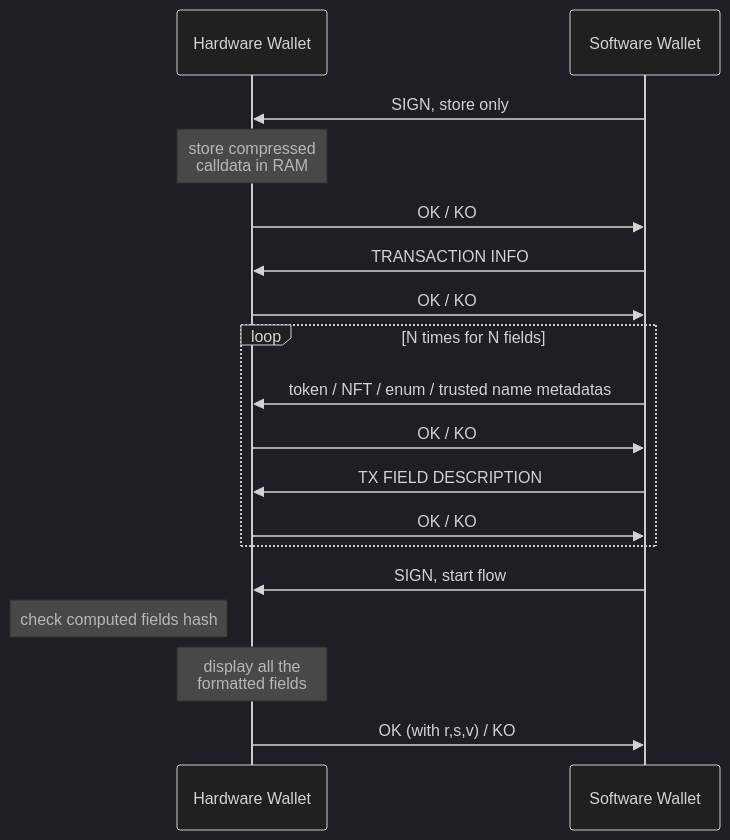
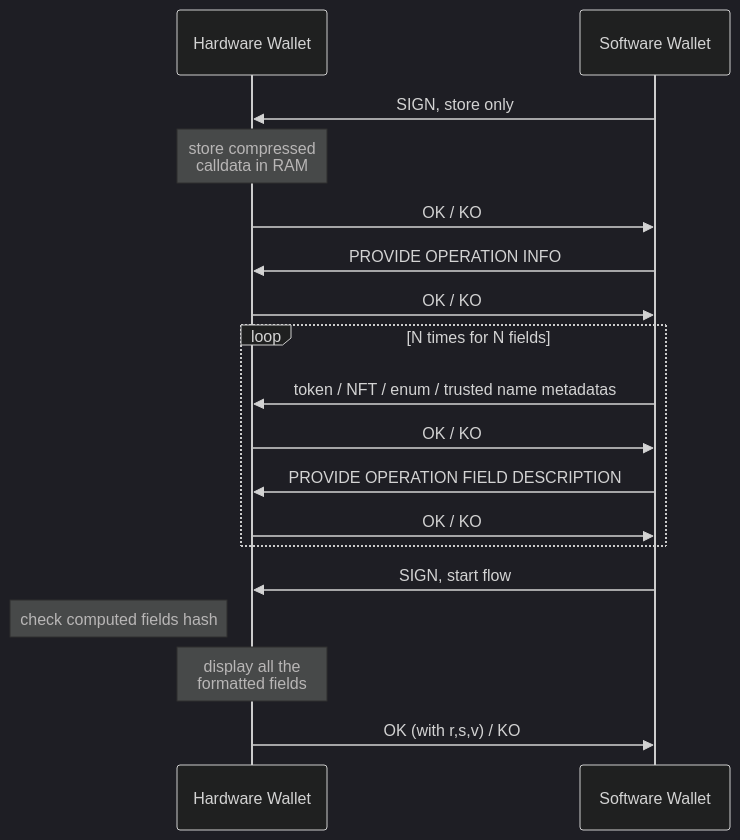
One commit to LedgerHQ/app-ethereum changed the first of 3 diagrams in doc/gcs.md. Above: the diagram before and after it, drawn with Mermaid (dark theme). The commit also changed other lines of this file and 8 other files, not shown here.

First line of the commit message:
Rename the operation info and field APDUs

````diff
--- a/doc/gcs.md
+++ b/doc/gcs.md
@@ -10,21 +10,21 @@
 ```mermaid
 sequenceDiagram
     participant HW as Hardware Wallet
     participant SW as Software Wallet
 
     SW ->> HW: SIGN, store only
     note over HW: store compressed<br/>calldata in RAM
     HW ->> SW: OK / KO
-    SW ->> HW: TRANSACTION INFO
+    SW ->> HW: PROVIDE OPERATION INFO
     HW ->> SW: OK / KO
     loop N times for N fields
         SW ->> HW: token / NFT / enum / trusted name metadatas
         HW ->> SW: OK / KO
-        SW ->> HW: TX FIELD DESCRIPTION
+        SW ->> HW: PROVIDE OPERATION FIELD DESCRIPTION
         HW ->> SW: OK / KO
     end
     SW ->> HW: SIGN, start flow
     note left of HW: check computed fields hash
     note over HW: display all the<br/>formatted fields
     HW ->> SW: OK (with r,s,v) / KO
 ```
````
